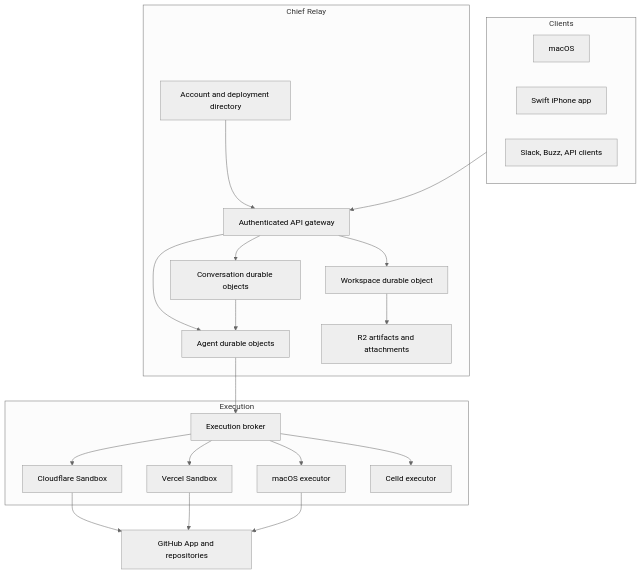
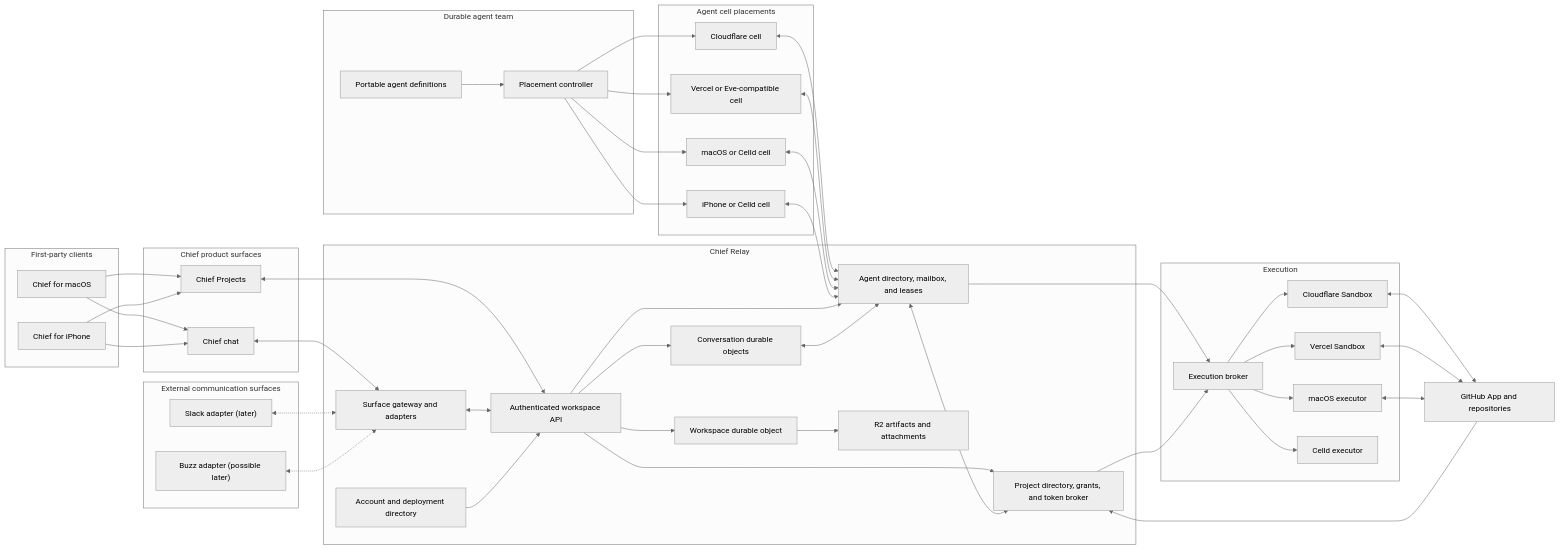
The first of 2 diagrams in docs/chief-relay-platform-prd.md (danielsims/chief), drawn with Mermaid (neutral theme) before and after one commit. The commit also changed other lines of this file, not shown here.

Commit message:
Document key-based NIP-98 identity, on-relay metrics, and surface-adapter direction.

````diff
--- a/docs/chief-relay-platform-prd.md
+++ b/docs/chief-relay-platform-prd.md
@@ -94,17 +197,40 @@
 ```mermaid
-flowchart TB
-    subgraph Clients
-        Desktop[macOS]
-        Mobile[Swift iPhone app]
-        External[Slack, Buzz, API clients]
+flowchart LR
+    subgraph Team[Durable agent team]
+        Definitions[Portable agent definitions]
+        Placement[Placement controller]
+    end
+
+    subgraph CellHosts[Agent cell placements]
+        CFCell[Cloudflare cell]
+        VercelCell[Vercel or Eve-compatible cell]
+        MacCell[macOS or Celld cell]
+        PhoneCell[iPhone or Celld cell]
+    end
+
+    subgraph FirstParty[First-party clients]
+        Desktop[Chief for macOS]
+        Mobile[Chief for iPhone]
+    end
+
+    subgraph ChiefProduct[Chief product surfaces]
+        ChiefChat[Chief chat]
+        ChiefProjects[Chief Projects]
+    end
+
+    subgraph ExternalSurfaces[External communication surfaces]
+        Slack["Slack adapter (later)"]
+        Buzz["Buzz adapter (possible later)"]
     end
 
     subgraph Relay[Chief Relay]
-        Edge[Authenticated API gateway]
+        SurfaceGateway[Surface gateway and adapters]
+        Edge[Authenticated workspace API]
         Directory[Account and deployment directory]
         Workspace[Workspace durable object]
         Conversation[Conversation durable objects]
-        Agent[Agent durable objects]
+        AgentDirectory["Agent directory, mailbox, and leases"]
+        ProjectAuthority["Project directory, grants, and token broker"]
         Blob[R2 artifacts and attachments]
     end
 
@@ -118,19 +244,40 @@
 
     GitHub[GitHub App and repositories]
 
-    Clients --> Edge
+    Definitions --> Placement
+    Placement --> CFCell
+    Placement --> VercelCell
+    Placement --> MacCell
+    Placement --> PhoneCell
+    CFCell <--> AgentDirectory
+    VercelCell <--> AgentDirectory
+    MacCell <--> AgentDirectory
+    PhoneCell <--> AgentDirectory
+    Desktop --> ChiefChat
+    Desktop --> ChiefProjects
+    Mobile --> ChiefChat
+    Mobile --> ChiefProjects
+    ChiefChat <--> SurfaceGateway
+    ChiefProjects <--> Edge
+    Slack <-.-> SurfaceGateway
+    Buzz <-.-> SurfaceGateway
+    SurfaceGateway <--> Edge
     Edge --> Workspace
     Edge --> Conversation
-    Edge --> Agent
+    Edge --> AgentDirectory
+    Edge --> ProjectAuthority
     Directory --> Edge
     Workspace --> Blob
-    Conversation --> Agent
-    Agent --> Broker
+    Conversation <--> AgentDirectory
+    AgentDirectory <--> ProjectAuthority
+    AgentDirectory --> Broker
+    ProjectAuthority --> Broker
     Broker --> Cloudflare
     Broker --> Vercel
     Broker --> Mac
     Broker --> Celld
-    Cloudflare --> GitHub
-    Vercel --> GitHub
-    Mac --> GitHub
+    Cloudflare <--> GitHub
+    Vercel <--> GitHub
+    Mac <--> GitHub
+    GitHub --> ProjectAuthority
 ```
````
